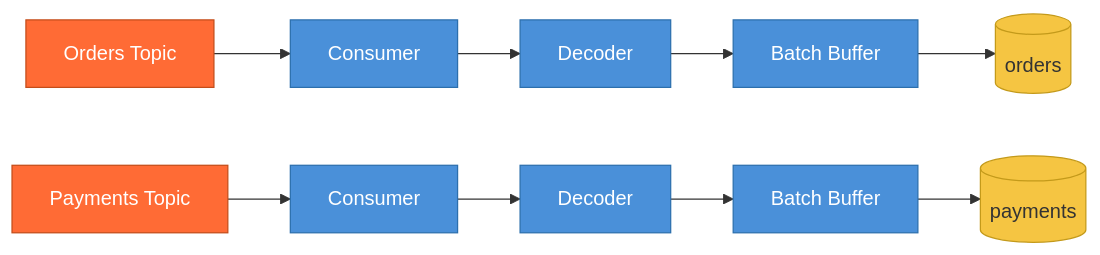
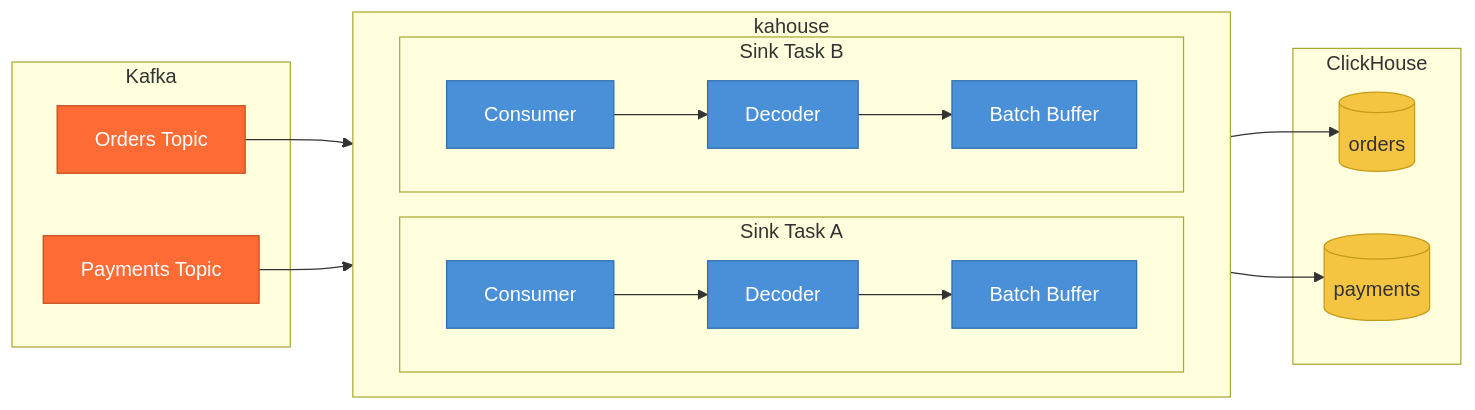
Before and after one commit to braislchao/kahouse: the diagram in README.md, drawn with Mermaid.

Commit message:
Add Kafka and ClickHouse grouping boxes to architecture diagram

````diff
--- a/README.md
+++ b/README.md
@@ -5,9 +5,31 @@
 ```mermaid
 graph LR
-    T1[Orders Topic]:::kafka --> C1[Consumer]:::pipeline --> D1[Decoder]:::pipeline --> B1[Batch Buffer]:::pipeline --> CH1[(orders)]:::clickhouse
-    T2[Payments Topic]:::kafka --> C2[Consumer]:::pipeline --> D2[Decoder]:::pipeline --> B2[Batch Buffer]:::pipeline --> CH2[(payments)]:::clickhouse
+    subgraph Kafka
+        T1[Orders Topic]:::kafka
+        T2[Payments Topic]:::kafka
+    end
+
+    subgraph kahouse
+        direction LR
+        subgraph "Sink Task A"
+            C1[Consumer]:::pipeline --> D1[Decoder]:::pipeline --> B1[Batch Buffer]:::pipeline
+        end
+        subgraph "Sink Task B"
+            C2[Consumer]:::pipeline --> D2[Decoder]:::pipeline --> B2[Batch Buffer]:::pipeline
+        end
+    end
+
+    subgraph ClickHouse
+        CH1[(orders)]:::clickhouse
+        CH2[(payments)]:::clickhouse
+    end
+
+    T1 --> C1
+    T2 --> C2
+    B1 --> CH1
+    B2 --> CH2
 
     classDef kafka fill:#ff6b35,stroke:#c44d1a,color:#fff
     classDef pipeline fill:#4a90d9,stroke:#2c6fad,color:#fff
     classDef clickhouse fill:#f5c542,stroke:#c49a1a,color:#333
 ```
````
